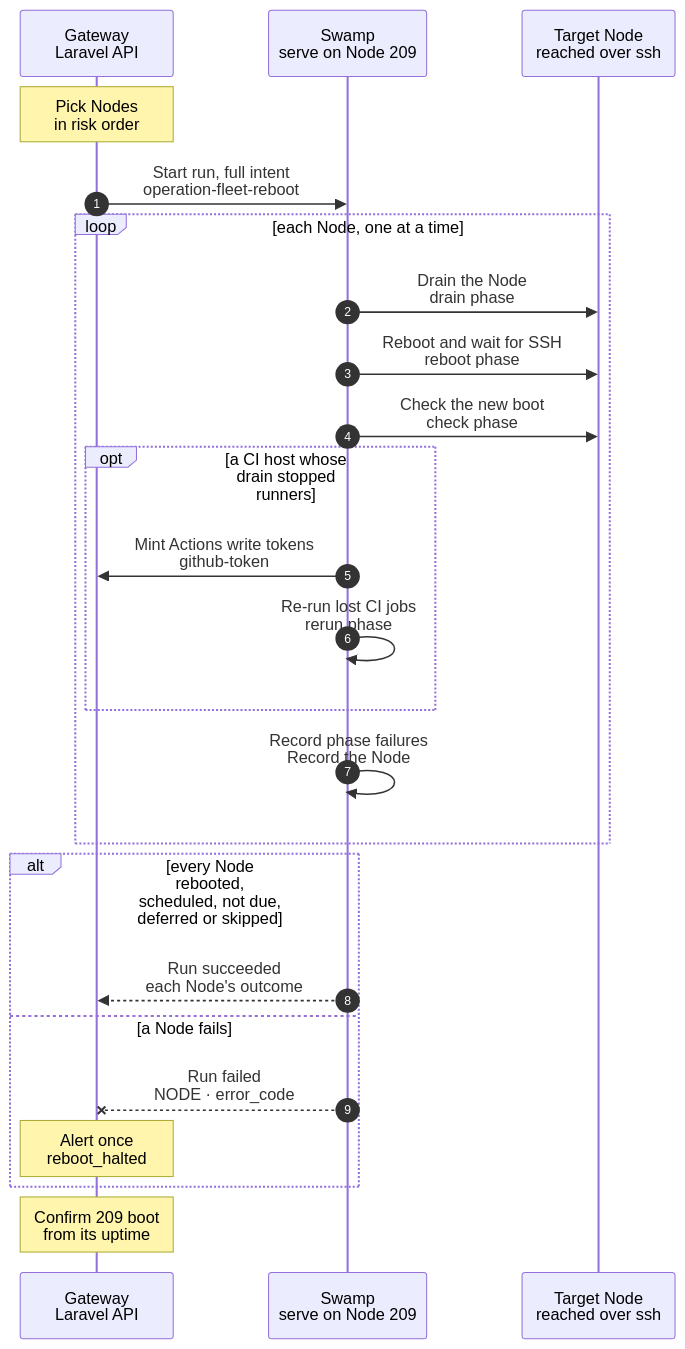
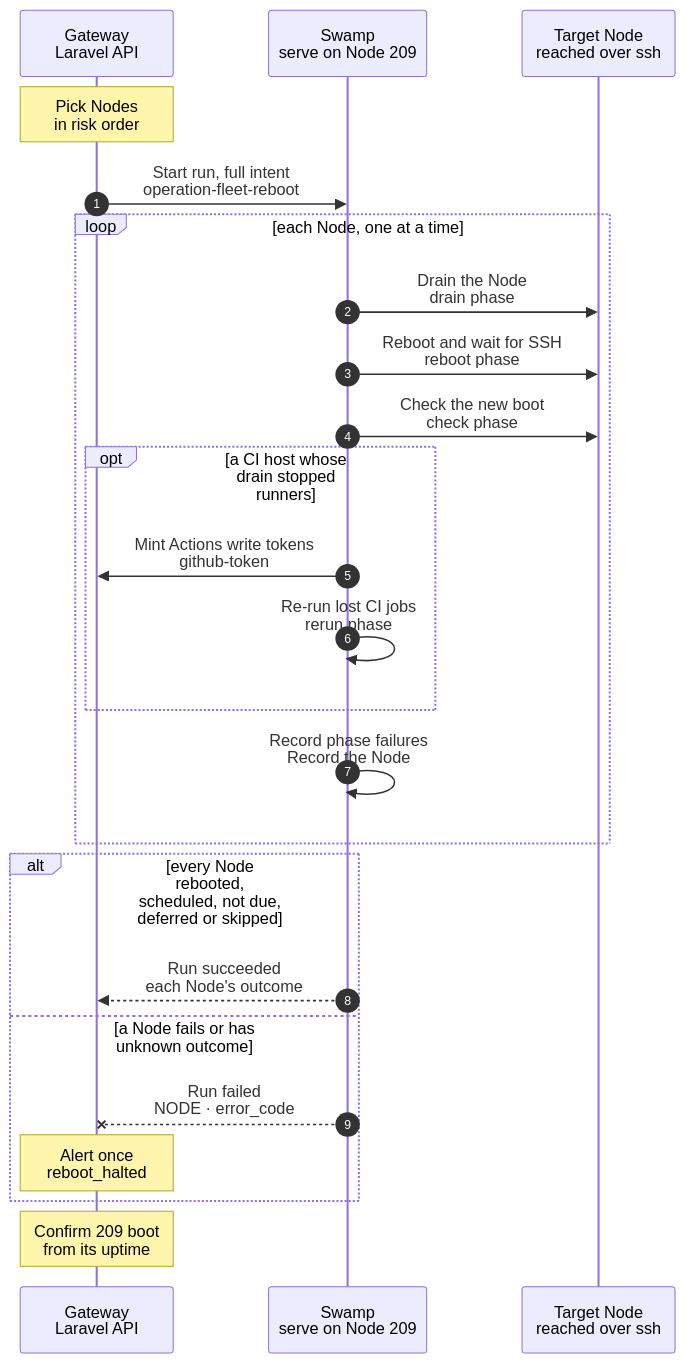
Before and after one commit to hardimpactdev/orbit: the diagram in docs/cli/fleet/reboot.mmd, drawn with Mermaid. The commit also changed 2 other files, not shown here.

Commit message:
docs(fleet): limit read retries and report interrupted results honestly

```diff
--- a/docs/cli/fleet/reboot.mmd
+++ b/docs/cli/fleet/reboot.mmd
@@ -1,71 +1,74 @@
 sequenceDiagram
   %% Target design: ADR 0253, drained Node reboots one at a time; docs/reference/gateway-recovery.md#fleet-reboot.
   %% status: draft
   %% kind: fleet.reboot
   autonumber
   %% lane GW icon=gateway pill=intent tone=blue
   %% lane SW icon=workflow pill=executes tone=green
   %% lane N icon=server pill=target tone=amber
   participant GW as Gateway<br/>Laravel API
   participant SW as Swamp<br/>serve on Node 209
   participant N as Target Node<br/>reached over ssh
   Note over GW: Pick Nodes<br/>in risk order
   %%> When:
   %%> - every day at 03:06 Europe/Amsterdam, after the rollout admission; the window is 03:00–06:00
   %%> - when an operator posts to `fleet/reboot`; that pass ignores the window
   %%> - always while `ORBIT_FLEET_REBOOT` is on (the default)
   %%> Picks:
   %%> - every active Linux Node with a WireGuard address and a pinned host key, except task VMs
   %%> - in the rollout's groups, then the control path (`vpn` hub, Gateway, `swamp.orbit` Node), then the `swamp` Node
   %%> - a reboot hold is frozen as `defer: operator_hold`; a held Node is read but never drained or rebooted
   %%> - a task host with open task work is read and reported `deferred` (`tasks_busy`)
   %%> Requirements:
   %%> - no other pass, no fleet rollout and no Gateway release runs; they refuse each other
   GW->>SW: Start run, full intent<br/>operation-fleet-reboot
   %%> While it runs:
   %%> - task calls for its task hosts refuse with `tasks.host_rebooting`; placement and image refresh skip them
   loop each Node, one at a time
     SW->>N: Drain the Node<br/>drain phase
     %%> Why:
-    %%> - SSH exit 255: eight attempts, 10 s each, with Ansible backoff (0, 1, 3, 7, 15, 30, 30 s); at most 166 s before overhead
+    %%> - only the initial safe boot-state reads retry SSH exit 255: eight attempts, 10 s each, with Ansible backoff (0, 1, 3, 7, 15, 30, 30 s); at most 166 s before overhead
+    %%> - drain, stops and reboot use zero SSH retries; a disconnect after execution never replays the command
     %%> - a held Node that cannot be read fails and halts the pass, as any other Node does
     %%> - after a failed Node: `skipped`; outside the window: `deferred`; no `/var/run/reboot-required`: `not_due`
     %%> - a due held Node records boot ID, kernel and due time, then `deferred` (`operator_hold`); without a due reboot it stays `not_due`
     %%> - CI: stop each idle runner, frozen while read; a job still running after 15 min defers the Node
     %%> - task guests stop and are recorded parked; on the Gateway the scheduler stops and Horizon drains within 15 min
     %%> - record `drain_started` before the first stop; rescue runs the existing Gateway and CI recovery only after that marker
     SW->>N: Reboot and wait for SSH<br/>reboot phase
     %%> Why:
     %%> - the swamp Node instead schedules its own reboot after the run ends: `scheduled`
     SW->>N: Check the new boot<br/>check phase
     %%> Checks:
     %%> - new boot ID, newest kernel, nothing due, no newly failed unit, agent, Gateway scheduler and Horizon, hub tunnel and source unit active
     opt a CI host whose drain stopped runners
       SW->>GW: Mint Actions write tokens<br/>github-token
       %%> Why:
       %%> - one `actions: write` token per Project repository, from the App's existing permission; no runner administration (ADR 0223)
       SW->>SW: Re-run lost CI jobs<br/>rerun phase
       %%> Picks:
       %%> - failed jobs a stopped runner was still running at its freeze; never a cancelled run
       %%> - `rerun-failed-jobs` once, only while the run is still at that attempt; the Node's result lists them
     end
     SW->>SW: Record phase failures<br/>Record the Node
     %%> Why:
     %%> - always on the controller, including after UNREACHABLE bypasses Ansible rescue
     %%> - private JSON callback reports supply `failed` / `fleet.node_unreachable` and bounded redacted SSH diagnostic text
-    %%> - a started phase without a terminal report or Node outcome is `failed` / `fleet.reboot_cut`; only unvisited Nodes use `not_reached`
+    %%> - a started phase without a terminal report or Node outcome is `failed` / `fleet.reboot_cut`; `not_reached` needs an earlier recorded halt
   end
   alt every Node rebooted, scheduled, not due, deferred or skipped
     SW-->>GW: Run succeeded<br/>each Node's outcome
     %%> Result:
     %%> - every Node result shows `reboot_hold` as admitted; held task hosts keep taking work
     %%> - the Gateway records parked task VMs; a Node due for more than 3 days raises `reboot_overdue`
-  else a Node fails
+  else a Node fails or has unknown outcome
     SW--xGW: Run failed<br/>NODE · error_code
     %%> Why stop:
+    %%> - without a Node report, the Gateway records `unknown` / `run_interrupted`, fails the pass and alerts once
+    %%> - missing records before a recorded halt stay unknown; only Nodes after that halt may be `not_reached`
     %%> - later Nodes record `skipped` / `halted` without SSH; the next pass starts again there
     Note over GW: Alert once<br/>reboot_halted
   end
   Note over GW: Confirm 209 boot<br/>from its uptime
   %%> Retry:
   %%> - 30 minutes after the pass without a new boot: `reboot_unconfirmed`
```
